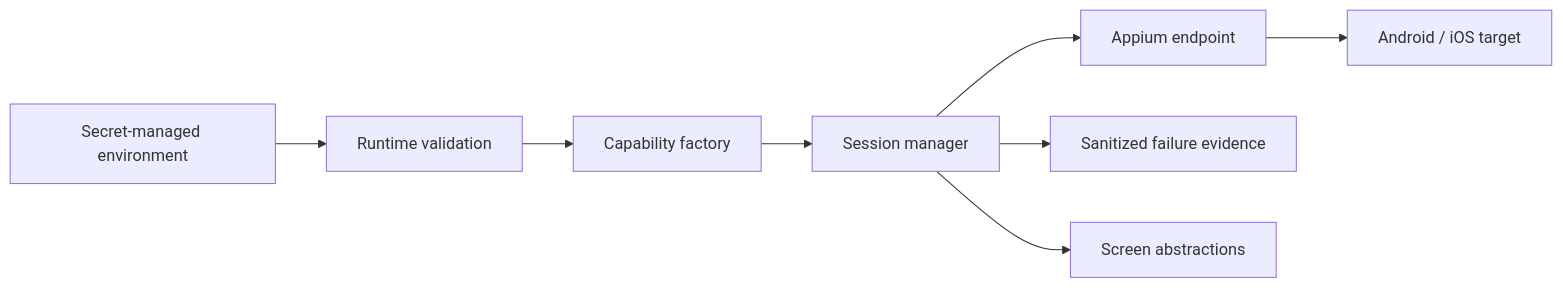
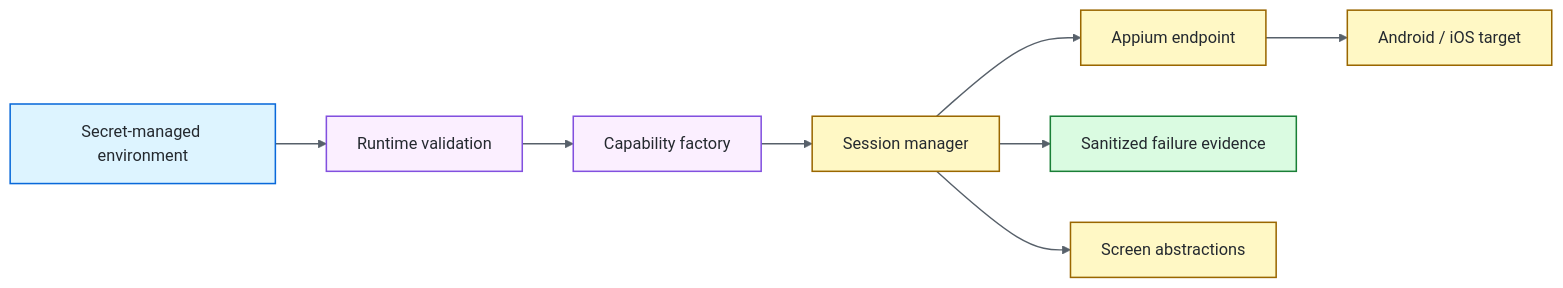
The diagram in docs/architecture.md (portyu9/qa-automation-mobile-appium), drawn with Mermaid before and after one commit. The commit also changed other lines of this file, not shown here.

Commit message:
docs: color-code Appium architecture diagram

````diff
--- a/docs/architecture.md
+++ b/docs/architecture.md
@@ -10,10 +10,20 @@
 ```mermaid
 flowchart LR
   ENV[Secret-managed environment] --> CFG[Runtime validation]
   CFG --> CAP[Capability factory]
   CAP --> SESSION[Session manager]
   SESSION --> APPIUM[Appium endpoint]
   APPIUM --> DEVICE[Android / iOS target]
   SESSION --> EVIDENCE[Sanitized failure evidence]
   SESSION --> SCREEN[Screen abstractions]
+
+  classDef entry fill:#DDF4FF,stroke:#0969DA,color:#24292F,stroke-width:1.5px;
+  classDef policy fill:#FBEFFF,stroke:#8250DF,color:#24292F,stroke-width:1.5px;
+  classDef runtime fill:#FFF8C5,stroke:#9A6700,color:#24292F,stroke-width:1.5px;
+  classDef evidence fill:#DAFBE1,stroke:#1A7F37,color:#24292F,stroke-width:1.5px;
+  class ENV entry;
+  class CFG,CAP policy;
+  class SESSION,APPIUM,DEVICE,SCREEN runtime;
+  class EVIDENCE evidence;
+  linkStyle default stroke:#57606A,stroke-width:1.4px;
 ```
````
